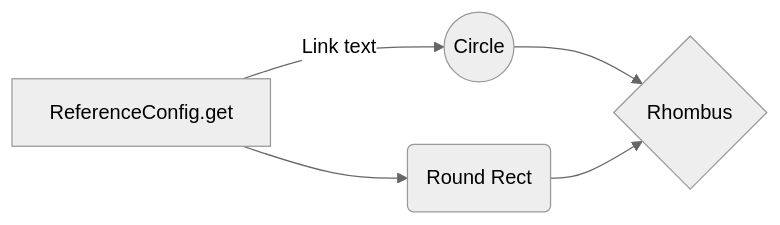
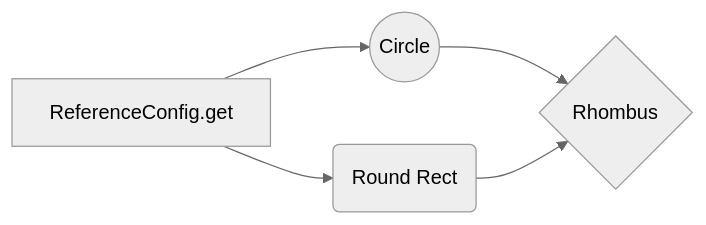
The third of 3 diagrams in dubbo/dubbo.md (zhudongdong/docs), drawn with Mermaid (neutral theme) before and after one commit. The commit also changed other lines of this file, not shown here.

Commit message:
Uploaded by https://stackedit.io/

````diff
--- a/dubbo/dubbo.md
+++ b/dubbo/dubbo.md
@@ -211,7 +211,7 @@
 ```mermaid
 graph LR
-A[ReferenceConfig.get] -- Link text --> B((Circle))
+A[ReferenceConfig.get] --> B((Circle))
 A --> C(Round Rect)
 B --> D{Rhombus}
 C --> D
 ```
````
